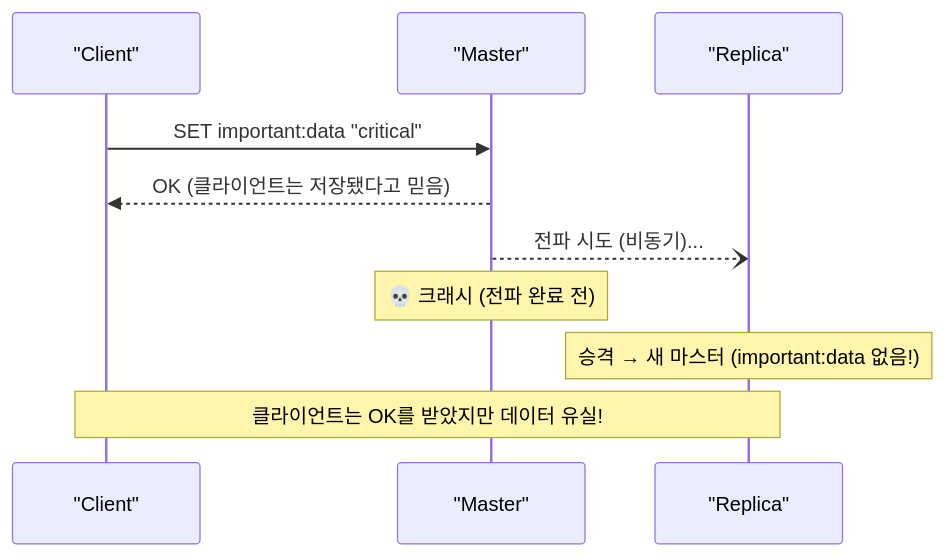
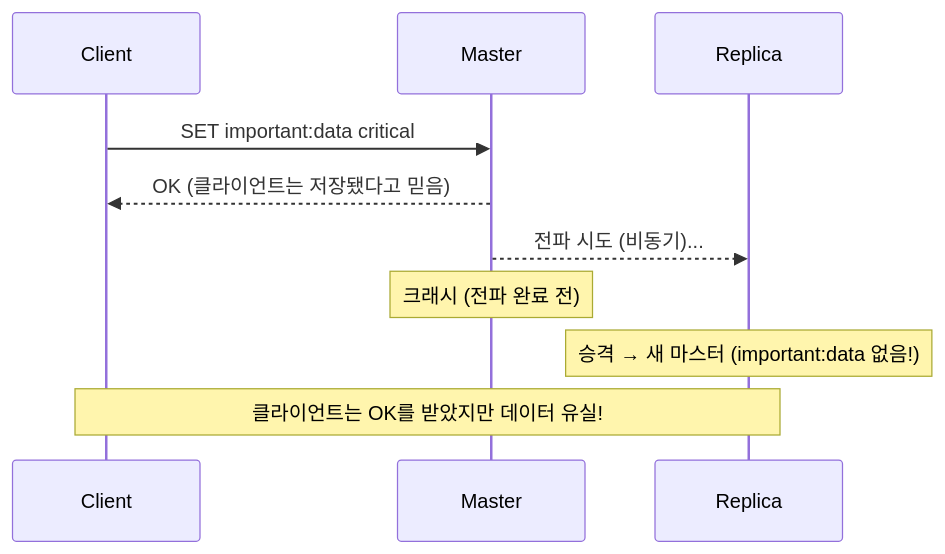
Before and after one commit to yjkim2015/yjkim2015.github.io: the seventh of 9 diagrams in _posts/redis/2026-05-01-redis-replication.md, drawn with Mermaid. The commit also changed other lines of this file and 60 other files, not shown here.

First line of the commit message:
sequenceDiagram 문법 에러 수정 92개

````diff
--- a/_posts/redis/2026-05-01-redis-replication.md
+++ b/_posts/redis/2026-05-01-redis-replication.md
@@ -149,12 +149,12 @@
 ```mermaid
 sequenceDiagram
-    participant C as "Client"
-    participant M as "Master"
-    participant Rep as "Replica"
-    C->>M: SET important:data "critical"
+    participant C as Client
+    participant M as Master
+    participant Rep as Replica
+    C->>M: SET important:data critical
     M-->>C: OK (클라이언트는 저장됐다고 믿음)
-    M--)Rep: 전파 시도 (비동기)...
-    Note over M: 💀 크래시 (전파 완료 전)
+    M-->>Rep: 전파 시도 (비동기)...
+    Note over M:  크래시 (전파 완료 전)
     Note over Rep: 승격 → 새 마스터 (important:data 없음!)
     Note over C,Rep: 클라이언트는 OK를 받았지만 데이터 유실!
 ```
````
